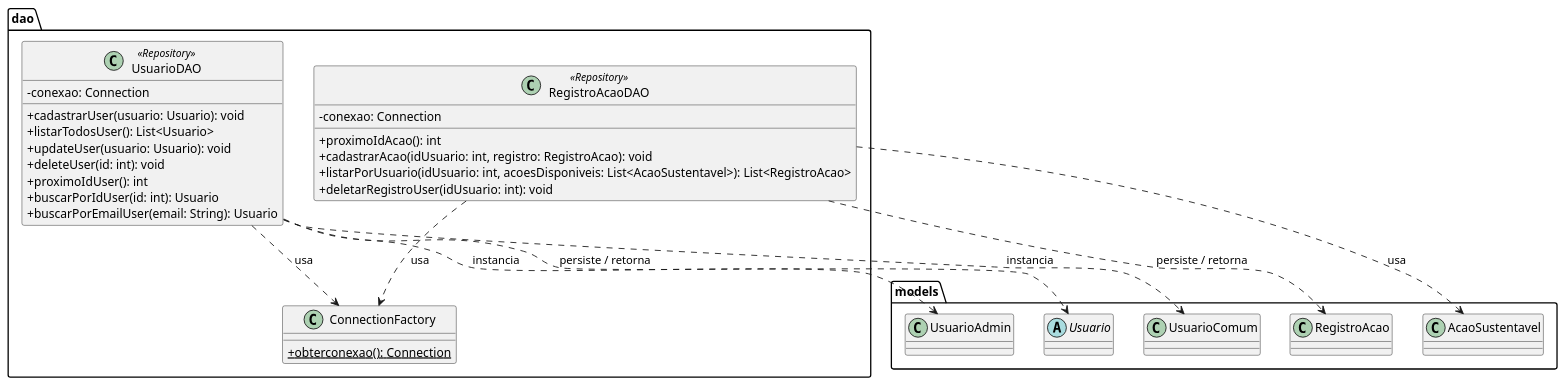
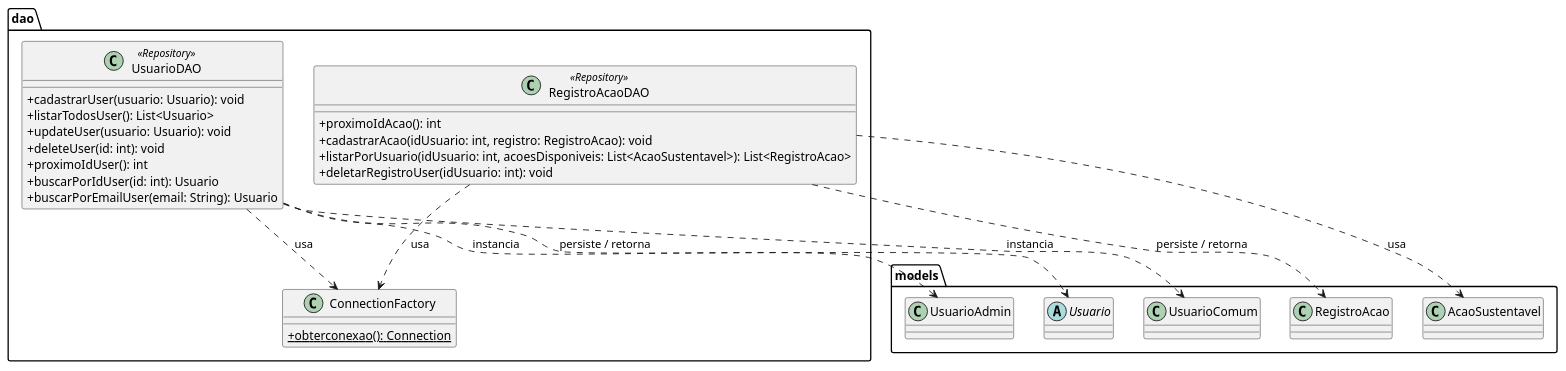
The diagram in diagrama/dao.puml (RankUp-TDSPJ/RankUp-Java), drawn with PlantUML before and after one commit. The commit also changed 7 other files, not shown here.

```diff
--- a/diagrama/dao.puml
+++ b/diagrama/dao.puml
@@ -1,46 +1,44 @@
 @startuml RankUp_dao
 skinparam classAttributeIconSize 0
 
 package "dao" {
 
     class ConnectionFactory {
       +{static} obterconexao(): Connection
     }
 
     class UsuarioDAO <<Repository>> {
-      -conexao: Connection
       +cadastrarUser(usuario: Usuario): void
       +listarTodosUser(): List<Usuario>
       +updateUser(usuario: Usuario): void
       +deleteUser(id: int): void
       +proximoIdUser(): int
       +buscarPorIdUser(id: int): Usuario
       +buscarPorEmailUser(email: String): Usuario
     }
 
     class RegistroAcaoDAO <<Repository>> {
-      -conexao: Connection
       +proximoIdAcao(): int
       +cadastrarAcao(idUsuario: int, registro: RegistroAcao): void
       +listarPorUsuario(idUsuario: int, acoesDisponiveis: List<AcaoSustentavel>): List<RegistroAcao>
       +deletarRegistroUser(idUsuario: int): void
     }
 }
 
 package "models" {
     abstract class Usuario
     class UsuarioComum
     class UsuarioAdmin
     class RegistroAcao
     class AcaoSustentavel
 }
 
 UsuarioDAO ..> Usuario : persiste / retorna
 UsuarioDAO ..> UsuarioComum : instancia
 UsuarioDAO ..> UsuarioAdmin : instancia
 UsuarioDAO ..> ConnectionFactory : usa
 RegistroAcaoDAO ..> RegistroAcao : persiste / retorna
 RegistroAcaoDAO ..> AcaoSustentavel : usa
 RegistroAcaoDAO ..> ConnectionFactory : usa
 
 @enduml
```
